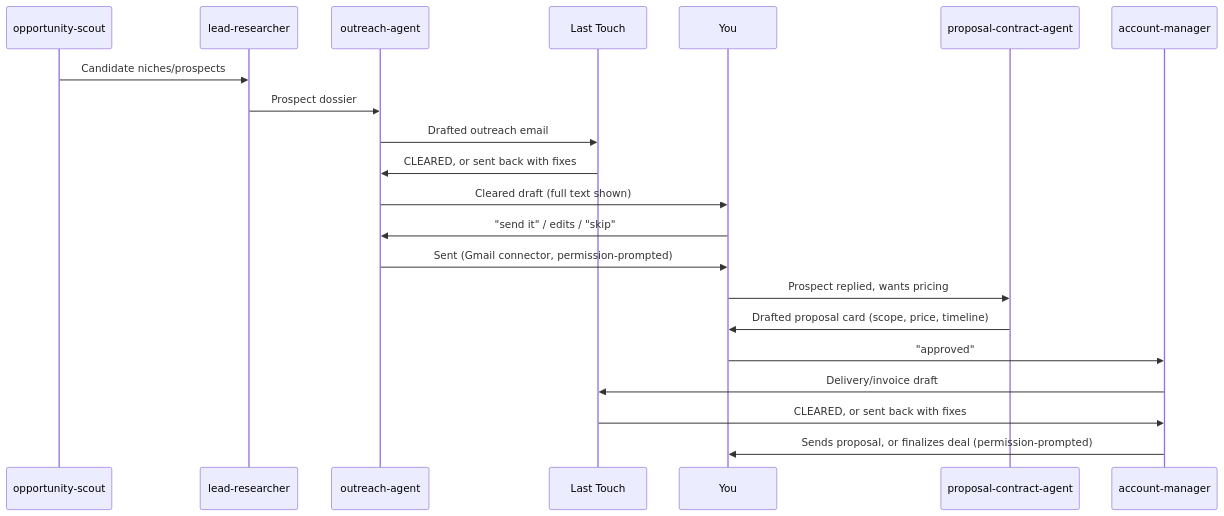
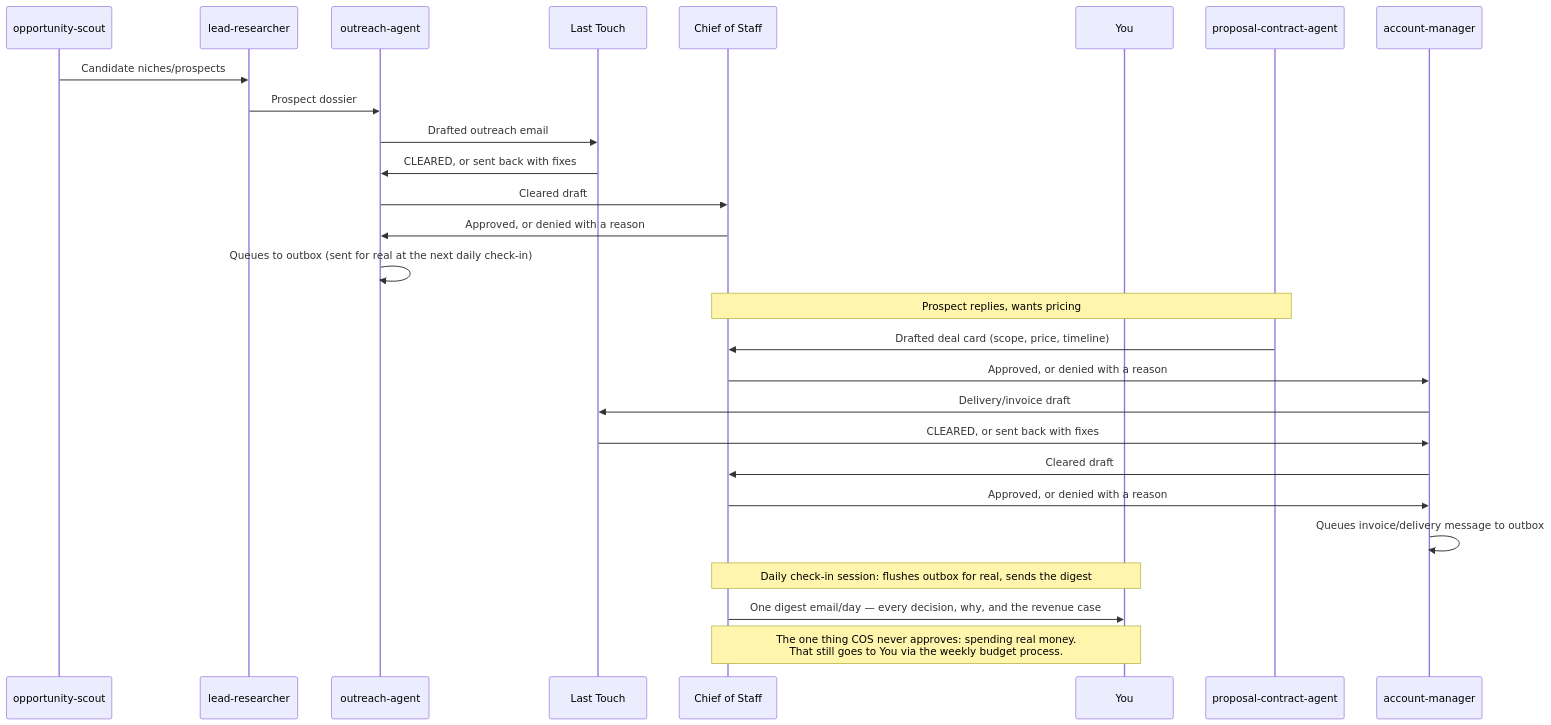
The diagram in ai-workforce/DEAL-DESK.md (hetilpatel500-hub/edgex-relay), drawn with Mermaid before and after one commit. The commit also changed other lines of this file and 13 other files, not shown here.

````diff
--- a/ai-workforce/DEAL-DESK.md
+++ b/ai-workforce/DEAL-DESK.md
@@ -5,23 +10,29 @@
 ```mermaid
 sequenceDiagram
   participant Scout as opportunity-scout
   participant Lead as lead-researcher
   participant Out as outreach-agent
   participant LT as Last Touch
+  participant COS as Chief of Staff
   participant You as You
   participant Prop as proposal-contract-agent
   participant AM as account-manager
   Scout->>Lead: Candidate niches/prospects
   Lead->>Out: Prospect dossier
   Out->>LT: Drafted outreach email
   LT->>Out: CLEARED, or sent back with fixes
-  Out->>You: Cleared draft (full text shown)
-  You->>Out: "send it" / edits / "skip"
-  Out->>You: Sent (Gmail connector, permission-prompted)
-  You->>Prop: Prospect replied, wants pricing
-  Prop->>You: Drafted proposal card (scope, price, timeline)
-  You->>AM: "approved"
+  Out->>COS: Cleared draft
+  COS->>Out: Approved, or denied with a reason
+  Out->>Out: Queues to outbox (sent for real at the next daily check-in)
+  Note over Prop,COS: Prospect replies, wants pricing
+  Prop->>COS: Drafted deal card (scope, price, timeline)
+  COS->>AM: Approved, or denied with a reason
   AM->>LT: Delivery/invoice draft
   LT->>AM: CLEARED, or sent back with fixes
-  AM->>You: Sends proposal, or finalizes deal (permission-prompted)
+  AM->>COS: Cleared draft
+  COS->>AM: Approved, or denied with a reason
+  AM->>AM: Queues invoice/delivery message to outbox
+  Note over COS,You: Daily check-in session: flushes outbox for real, sends the digest
+  COS->>You: One digest email/day — every decision, why, and the revenue case
+  Note over COS,You: The one thing COS never approves: spending real money.<br/>That still goes to You via the weekly budget process.
 ```
````
